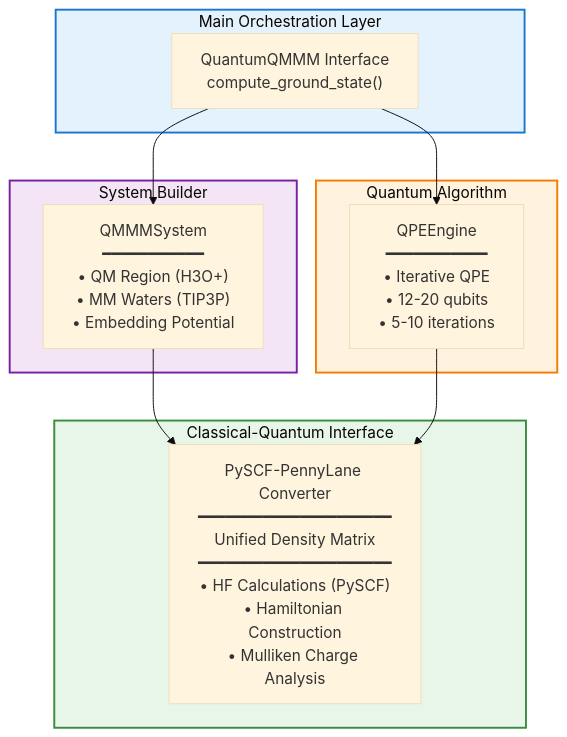
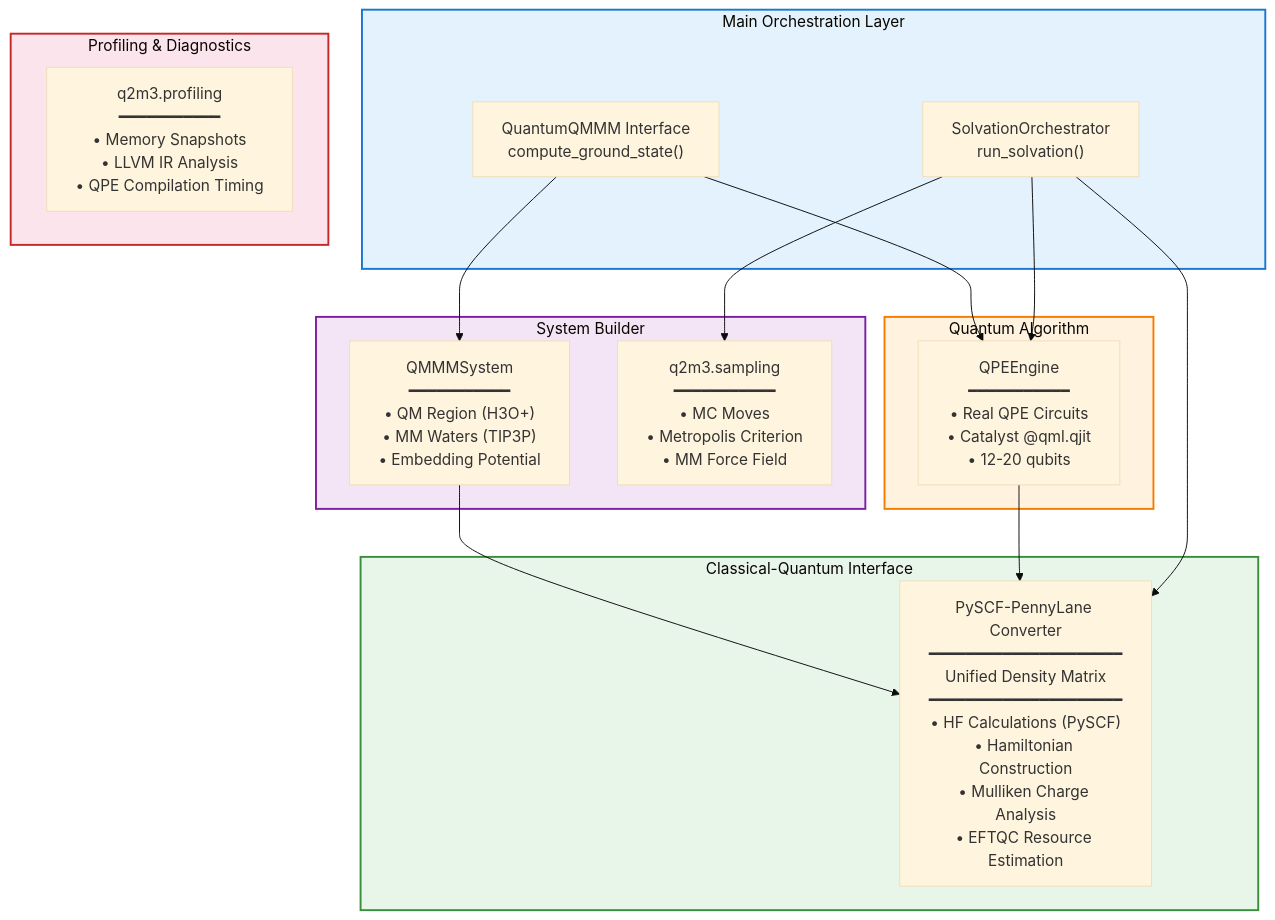
One commit to yjmaxpayne/q2m3 changed the diagram in TECHNICAL_OVERVIEW.md. Above: the diagram before and after it, drawn with Mermaid (base theme). The commit also changed other lines of this file, not shown here.

````diff
--- a/TECHNICAL_OVERVIEW.md
+++ b/TECHNICAL_OVERVIEW.md
@@ -23,28 +30,38 @@
 ```mermaid
 graph TB
     subgraph Main["Main Orchestration Layer"]
         QMM["QuantumQMMM Interface<br/>compute_ground_state()"]
+        SOLV["SolvationOrchestrator<br/>run_solvation()"]
     end
 
     subgraph System["System Builder"]
         QMMM["QMMMSystem<br/>━━━━━━━━━━━<br/>• QM Region (H3O+)<br/>• MM Waters (TIP3P)<br/>• Embedding Potential"]
+        SAM["q2m3.sampling<br/>━━━━━━━━━━━<br/>• MC Moves<br/>• Metropolis Criterion<br/>• MM Force Field"]
     end
 
     subgraph Quantum["Quantum Algorithm"]
-        QPE["QPEEngine<br/>━━━━━━━━━━━<br/>• Iterative QPE<br/>• 12-20 qubits<br/>• 5-10 iterations"]
+        QPE["QPEEngine<br/>━━━━━━━━━━━<br/>• Real QPE Circuits<br/>• Catalyst @qml.qjit<br/>• 12-20 qubits"]
     end
 
     subgraph Interface["Classical-Quantum Interface"]
-        Conv["PySCF-PennyLane Converter<br/>━━━━━━━━━━━━━━━━━━━━━<br/>Unified Density Matrix<br/>━━━━━━━━━━━━━━━━━━━━━<br/>• HF Calculations (PySCF)<br/>• Hamiltonian Construction<br/>• Mulliken Charge Analysis"]
+        Conv["PySCF-PennyLane Converter<br/>━━━━━━━━━━━━━━━━━━━━━<br/>Unified Density Matrix<br/>━━━━━━━━━━━━━━━━━━━━━<br/>• HF Calculations (PySCF)<br/>• Hamiltonian Construction<br/>• Mulliken Charge Analysis<br/>• EFTQC Resource Estimation"]
+    end
+
+    subgraph Profiling["Profiling & Diagnostics"]
+        PROF["q2m3.profiling<br/>━━━━━━━━━━━<br/>• Memory Snapshots<br/>• LLVM IR Analysis<br/>• QPE Compilation Timing"]
     end
 
     QMM --> QMMM
     QMM --> QPE
     QMMM --> Conv
     QPE --> Conv
+    SOLV --> SAM
+    SOLV --> QPE
+    SOLV --> Conv
 
     style Main fill:#e3f2fd,stroke:#1976d2,stroke-width:2px
     style System fill:#f3e5f5,stroke:#7b1fa2,stroke-width:2px
     style Quantum fill:#fff3e0,stroke:#f57c00,stroke-width:2px
     style Interface fill:#e8f5e9,stroke:#388e3c,stroke-width:2px
+    style Profiling fill:#fce4ec,stroke:#c62828,stroke-width:2px
 ```
````
